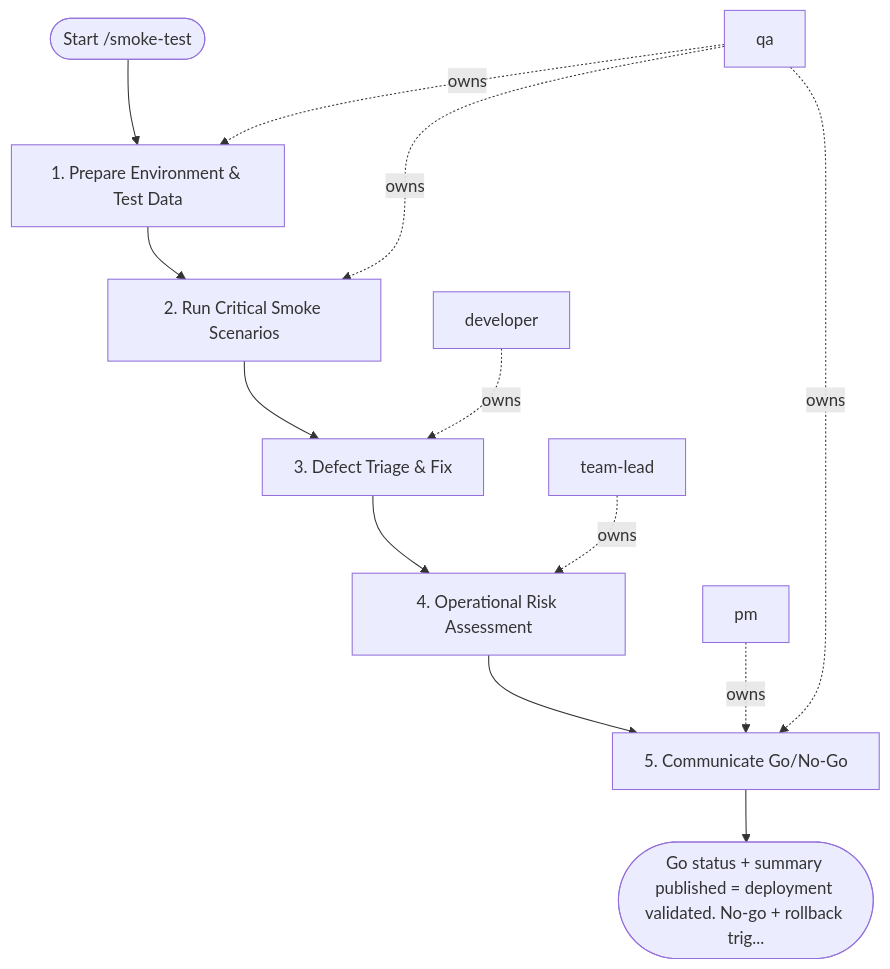
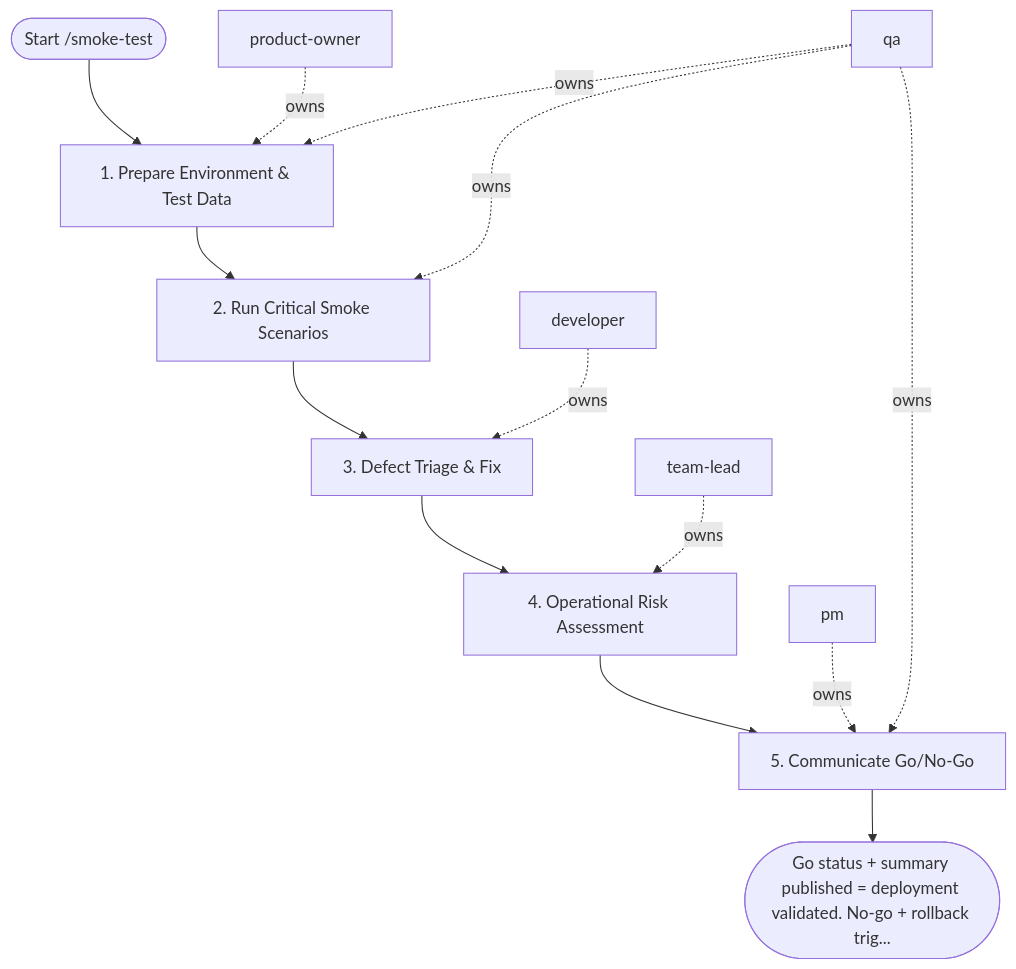
One commit to sawrus/agent-guides changed the diagram in areas/software/qa/workflows/smoke-test.md. Above: the diagram before and after it, drawn with Mermaid. The commit also changed other lines of this file and 76 other files, not shown here.

Commit message:
Standardize workflow product owner initiation

````diff
--- a/areas/software/qa/workflows/smoke-test.md
+++ b/areas/software/qa/workflows/smoke-test.md
@@ -66,26 +66,28 @@
 ```mermaid
 flowchart TD
   start(["Start /smoke-test"])
-  role_1["qa"]
-  role_2["developer"]
-  role_3["team-lead"]
-  role_4["pm"]
+  role_1["product-owner"]
+  role_2["qa"]
+  role_3["developer"]
+  role_4["team-lead"]
+  role_5["pm"]
   step_1["1. Prepare Environment & Test Data"]
   step_2["2. Run Critical Smoke Scenarios"]
   step_3["3. Defect Triage & Fix"]
   step_4["4. Operational Risk Assessment"]
   step_5["5. Communicate Go/No-Go"]
   exit(["Go status + summary published = deployment validated. No-go + rollback trig..."])
   start --> step_1
   step_1 --> step_2
   step_2 --> step_3
   step_3 --> step_4
   step_4 --> step_5
   step_5 --> exit
   role_1 -. owns .-> step_1
-  role_1 -. owns .-> step_2
-  role_2 -. owns .-> step_3
-  role_3 -. owns .-> step_4
-  role_4 -. owns .-> step_5
-  role_1 -. owns .-> step_5
+  role_2 -. owns .-> step_1
+  role_2 -. owns .-> step_2
+  role_3 -. owns .-> step_3
+  role_4 -. owns .-> step_4
+  role_5 -. owns .-> step_5
+  role_2 -. owns .-> step_5
 ```
````
